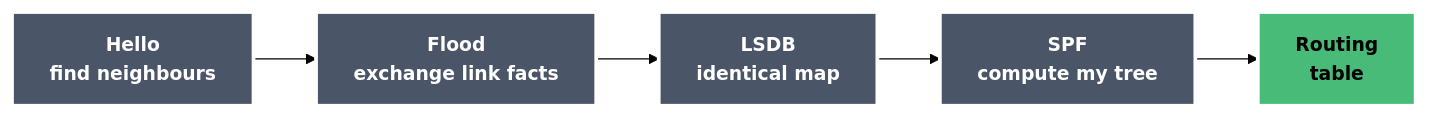
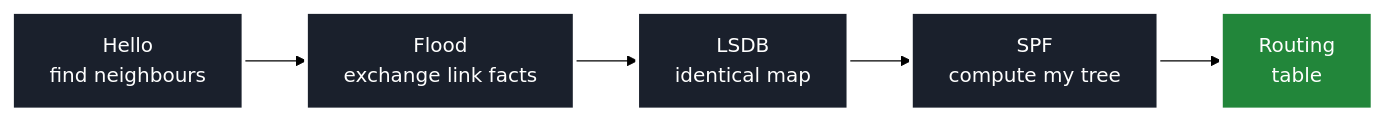
Before and after one commit to etherhtun/netforge-labs: the diagram in docs/courses/00-igp-fundamentals/01-link-state.md, drawn with Mermaid (forest theme). The commit also changed 1 other file, not shown here.

Commit message:
fix: use very dark backgrounds for diagrams (maximum contrast)
Previous attempt used too-light backgrounds. Switched to:
- Process boxes: very dark navy (#1a202c) with white text
- Result boxes: dark green (#22863a) with white text
- White borders (3px) for definition
- Font size 16px for legibility
- Removed HTML formatting tags that may interfere with Mermaid

This gives maximum contrast and should be readable in all viewing conditions.

````diff
--- a/docs/courses/00-igp-fundamentals/01-link-state.md
+++ b/docs/courses/00-igp-fundamentals/01-link-state.md
@@ -86,10 +86,10 @@
 ```mermaid
 graph LR
-    A["<b>Hello</b><br/>find neighbours"] --> B["<b>Flood</b><br/>exchange link facts"]
-    B --> C["<b>LSDB</b><br/>identical map"]
-    C --> D["<b>SPF</b><br/>compute my tree"]
-    D --> E["<b>Routing<br/>table</b>"]
-    classDef process fill:#4a5568,stroke:#ffffff,color:#ffffff,stroke-width:3px,font-size:15px,font-weight:bold;
-    classDef result fill:#48bb78,stroke:#ffffff,color:#000000,stroke-width:3px,font-size:15px,font-weight:bold;
+    A["Hello<br/>find neighbours"] --> B["Flood<br/>exchange link facts"]
+    B --> C["LSDB<br/>identical map"]
+    C --> D["SPF<br/>compute my tree"]
+    D --> E["Routing<br/>table"]
+    classDef process fill:#1a202c,stroke:#ffffff,color:#ffffff,stroke-width:3px,font-size:16px;
+    classDef result fill:#22863a,stroke:#ffffff,color:#ffffff,stroke-width:3px,font-size:16px;
     class A,B,C,D process; class E result;
 ```
````
